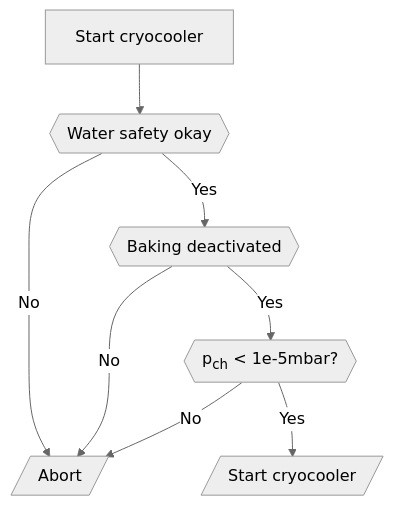
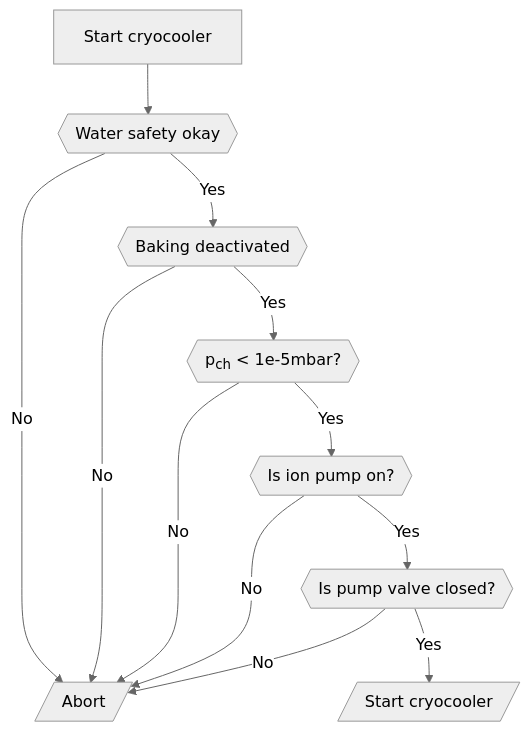
The fourth of 11 diagrams in docs/src/workflows.md (parkourlrc/pcb-trappitsch--cryostorage-42fec10e6a), drawn with Mermaid (neutral theme) before and after one commit. The commit also changed 1 other file, not shown here.

Commit message:
expand start cryocooler workflow

````diff
--- a/docs/src/workflows.md
+++ b/docs/src/workflows.md
@@ -65,10 +65,16 @@
 ```mermaid
   flowchart TD
     T[Start cryocooler] --> WS{{Water safety okay}}
-    WS -->|No| Err[/Abort/]
+    WS -->|No| Err
     WS -->|Yes| BS{{Baking deactivated}}
     BS -->|No| Err
     BS -->|Yes| PCH{{p<sub>ch</sub> < 1e-5mbar?}}
     PCH -->|No| Err
-    PCH -->|Yes| Ok[/Start cryocooler/]
+    PCH -->|Yes| IonPump
+    IonPump{{Is ion pump on?}} -->|No| Err
+    IonPump -->|Yes| PumpValve
+    PumpValve{{Is pump valve closed?}} -->|No| Err 
+    PumpValve -->|Yes| Ok
+    Err[/Abort/]
+    Ok[/Start cryocooler/]
 ```
````
